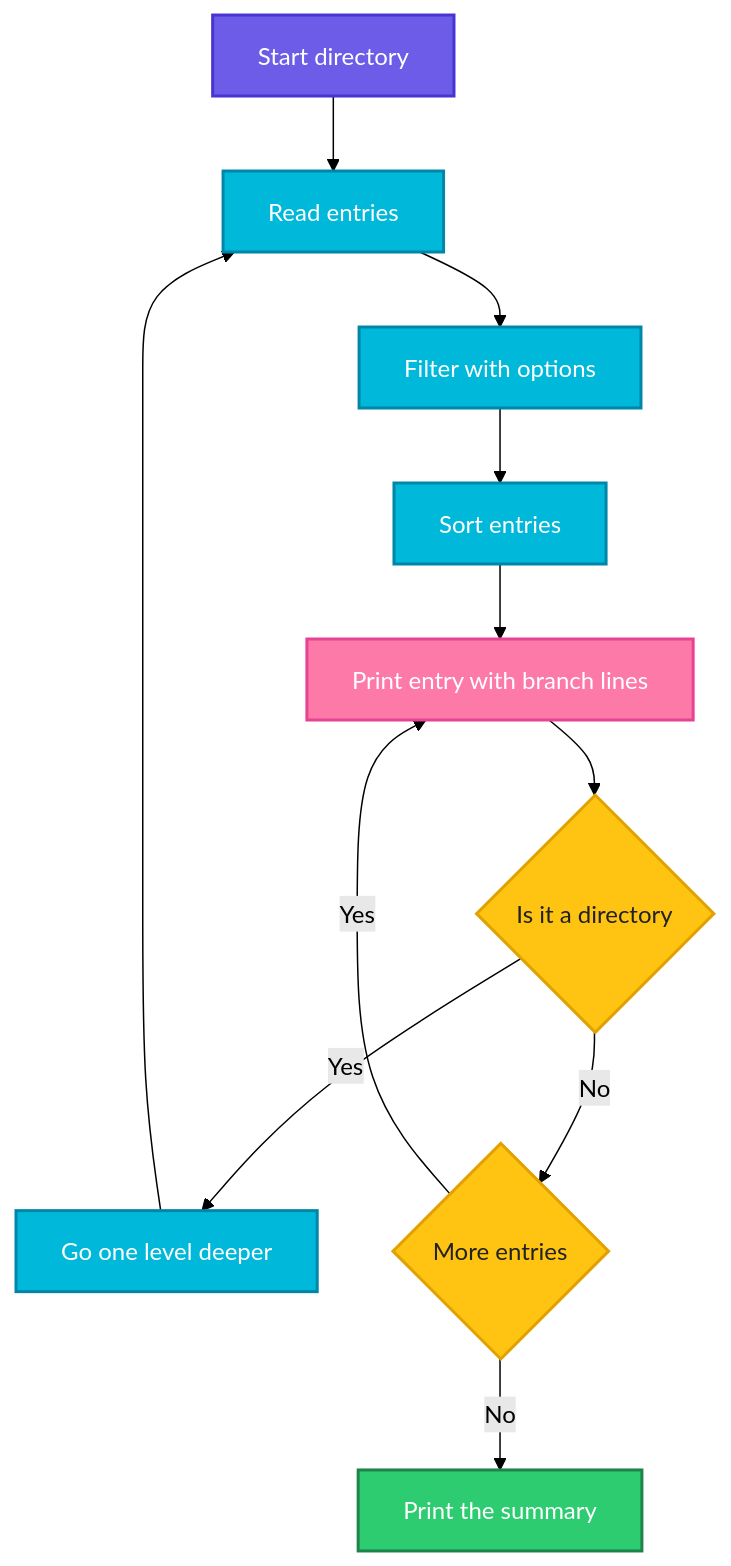
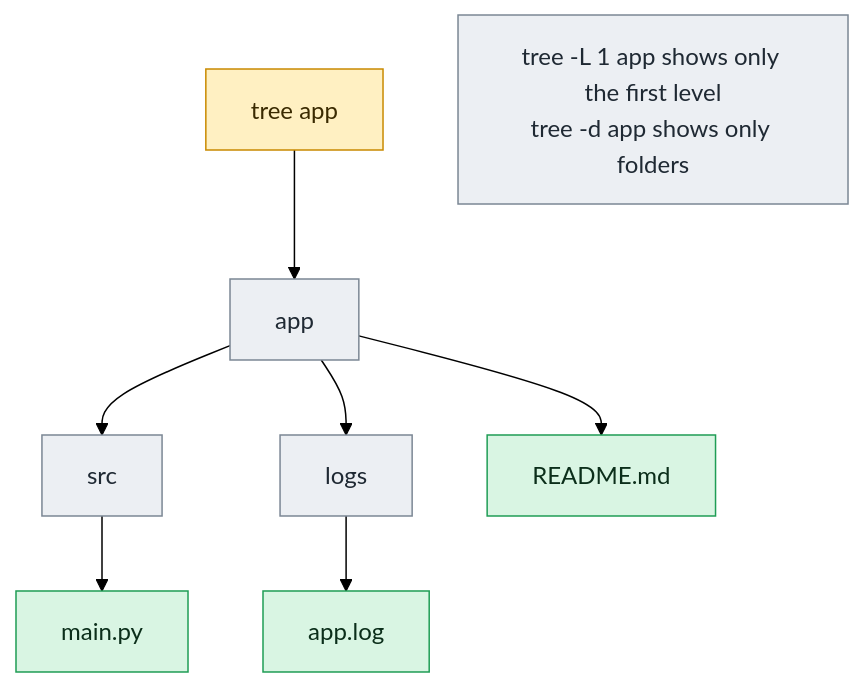
Before and after one commit to codeKerdosTech/DevOps-Documentation: the diagram in linux/file-management/tree.md, drawn with Mermaid (forest theme). The commit also changed other lines of this file and 165 other files, not shown here.

Commit message:
updated diagrams in linux

````diff
--- a/linux/file-management/tree.md
+++ b/linux/file-management/tree.md
@@ -15,25 +15,18 @@
 ```mermaid
 flowchart TD
-    A[Start directory] --> B[Read entries]
-    B --> C[Filter with options]
-    C --> D[Sort entries]
-    D --> E[Print entry with branch lines]
-    E --> F{Is it a directory}
-    F -->|Yes| G[Go one level deeper]
-    G --> B
-    F -->|No| H{More entries}
-    H -->|Yes| E
-    H -->|No| I[Print the summary]
-    classDef start fill:#6C5CE7,stroke:#4834D4,stroke-width:2px,color:#fff
-    classDef proc fill:#00B8D9,stroke:#0087A8,stroke-width:2px,color:#fff
-    classDef dec fill:#FFC312,stroke:#E1A100,stroke-width:2px,color:#222
-    classDef ok fill:#2ECC71,stroke:#1E8449,stroke-width:2px,color:#fff
-    classDef err fill:#FF4757,stroke:#C0392B,stroke-width:2px,color:#fff
-    classDef out fill:#FD79A8,stroke:#E84393,stroke-width:2px,color:#fff
-    classDef alt fill:#FF9F43,stroke:#E67E22,stroke-width:2px,color:#fff
-    class A start
-    class B,C,D,G proc
-    class E out
-    class F,H dec
-    class I ok
+    c1[tree app] --> n1[app]
+    n1 --> n2[src]
+    n1 --> n3[logs]
+    n1 --> o1[README.md]
+    n2 --> o2[main.py]
+    n3 --> o3[app.log]
+    n4[tree -L 1 app shows only the first level<br/>tree -d app shows only folders]
+    classDef inp fill:#DCEBFF,stroke:#2F6FDE,color:#10213F
+    classDef cmd fill:#FFF0C2,stroke:#C98A00,color:#3A2A00
+    classDef out fill:#D9F5E3,stroke:#1F9D55,color:#0B2E1A
+    classDef bad fill:#FDE0E0,stroke:#D13B3B,color:#4A0F0F
+    classDef note fill:#ECEFF3,stroke:#7B8794,color:#1F2933
+    class c1 cmd
+    class n1,n2,n3,n4 note
+    class o1,o2,o3 out
 ```
````
